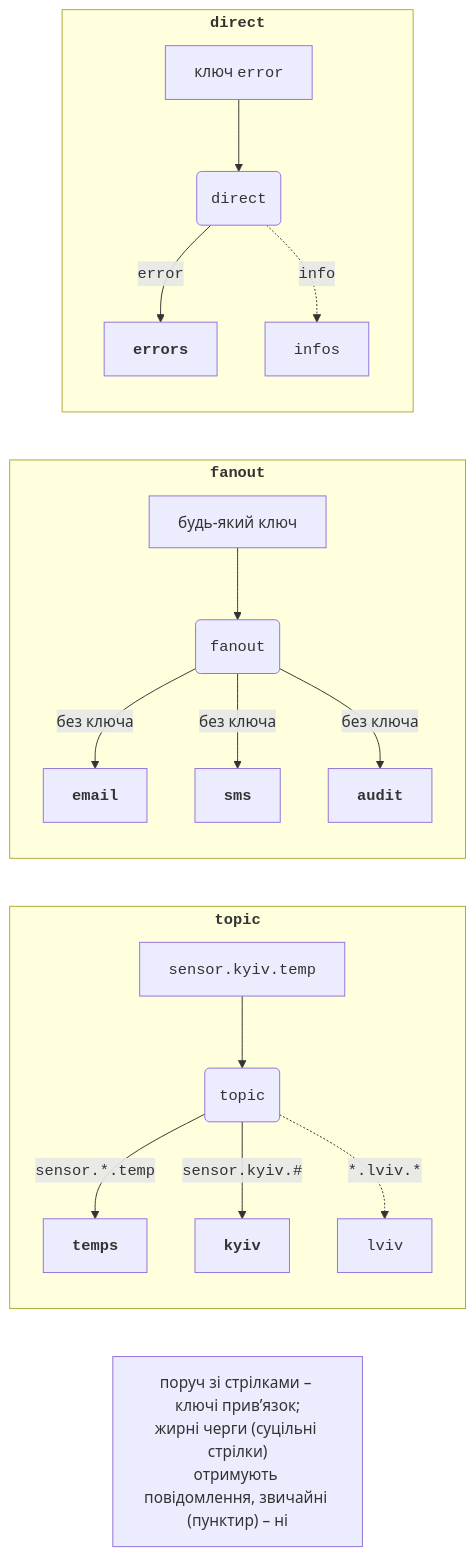
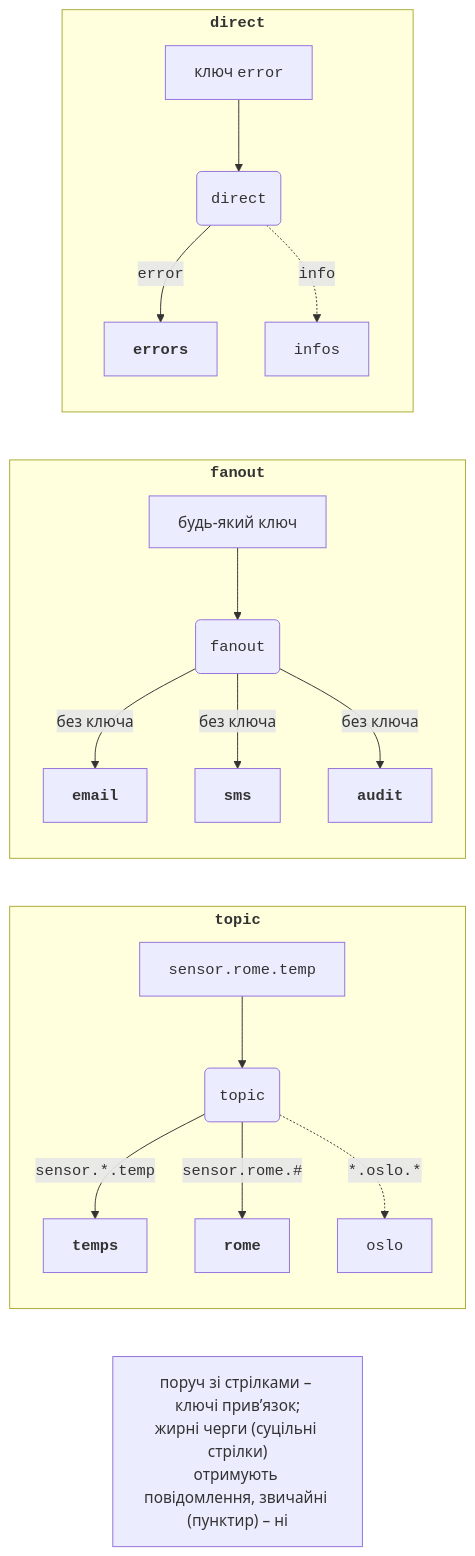
The first of 2 diagrams in src/uk/courses/parallel/15-rabbitmq/exchanges-delivery.md (musicvano/Blog), drawn with Mermaid before and after one commit. The commit also changed other lines of this file and 533 other files, not shown here.

````diff
--- a/src/uk/courses/parallel/15-rabbitmq/exchanges-delivery.md
+++ b/src/uk/courses/parallel/15-rabbitmq/exchanges-delivery.md
@@ -19,25 +19,25 @@
 ```mermaid
 flowchart TB
   subgraph D["<b><code>direct</code></b>"]
     direction TB
     DK["ключ <code>error</code>"] --> DX("<code>direct</code>")
     DX -->|"<code>error</code>"| DQ1["<b><code>errors</code></b>"]
     DX -.->|"<code>info</code>"| DQ2["<code>infos</code>"]
   end
   subgraph F["<b><code>fanout</code></b>"]
     direction TB
     FK["будь-який ключ"] --> FX("<code>fanout</code>")
     FX -->|"без ключа"| FQ1["<b><code>email</code></b>"]
     FX -->|"без ключа"| FQ2["<b><code>sms</code></b>"]
     FX -->|"без ключа"| FQ3["<b><code>audit</code></b>"]
   end
   subgraph T["<b><code>topic</code></b>"]
     direction TB
-    TK["<code>sensor.kyiv.temp</code>"] --> TX("<code>topic</code>")
+    TK["<code>sensor.rome.temp</code>"] --> TX("<code>topic</code>")
     TX -->|"<code>sensor.*.temp</code>"| TQ1["<b><code>temps</code></b>"]
-    TX -->|"<code>sensor.kyiv.#35;</code>"| TQ2["<b><code>kyiv</code></b>"]
-    TX -.->|"<code>*.lviv.*</code>"| TQ3["<code>lviv</code>"]
+    TX -->|"<code>sensor.rome.#35;</code>"| TQ2["<b><code>rome</code></b>"]
+    TX -.->|"<code>*.oslo.*</code>"| TQ3["<code>oslo</code>"]
   end
   D ~~~ F ~~~ T
   T ~~~ N["поруч зі стрілками – ключі прив’язок;<br>жирні черги (суцільні стрілки)<br>отримують повідомлення, звичайні (пунктир) – ні"]
 ```
````
